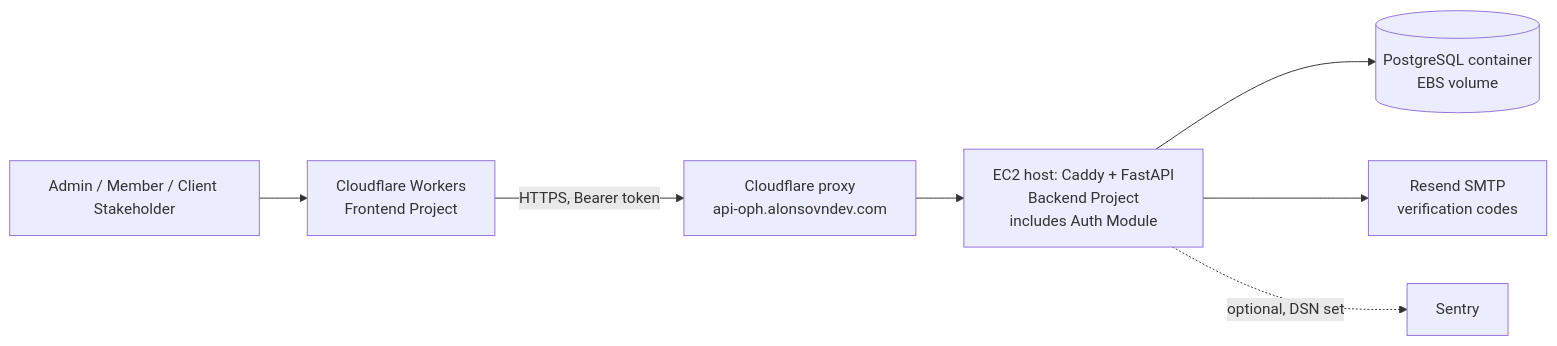
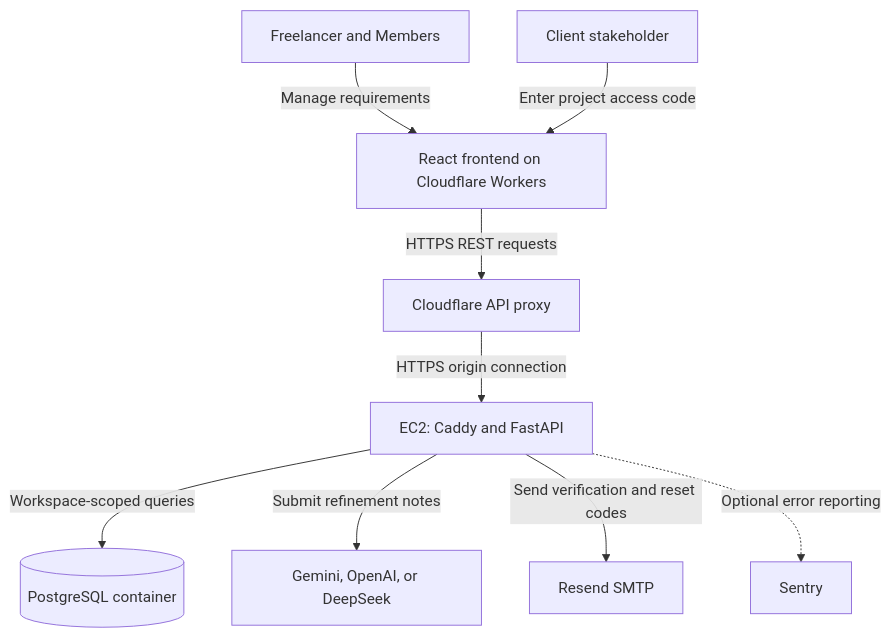
One commit to alonsovndev/open-projects-hub-docs changed the first of 2 diagrams in docs/03-architecture/core/architecture-solution-design.md. Above: the diagram before and after it, drawn with Mermaid. The commit also changed other lines of this file and 63 other files, not shown here.

````diff
--- a/docs/03-architecture/core/architecture-solution-design.md
+++ b/docs/03-architecture/core/architecture-solution-design.md
@@ -65,9 +47,11 @@
 ```mermaid
-flowchart LR
-    U[Admin / Member / Client Stakeholder] --> FE[Cloudflare Workers<br/>Frontend Project]
-    FE -->|HTTPS, Bearer token| CF[Cloudflare proxy<br/>api-oph.alonsovndev.com]
-    CF --> BE[EC2 host: Caddy + FastAPI<br/>Backend Project<br/>includes Auth Module]
-    BE --> DB[(PostgreSQL container<br/>EBS volume)]
-    BE --> MAIL[Resend SMTP<br/>verification codes]
-    BE -.->|optional, DSN set| SEN[Sentry]
+flowchart TB
+    team[Freelancer and Members] -->|Manage requirements| frontend[React frontend on Cloudflare Workers]
+    client[Client stakeholder] -->|Enter project access code| frontend
+    frontend -->|HTTPS REST requests| edge[Cloudflare API proxy]
+    edge -->|HTTPS origin connection| api[EC2: Caddy and FastAPI]
+    api -->|Workspace-scoped queries| database[(PostgreSQL container)]
+    api -->|Submit refinement notes| providers[Gemini, OpenAI, or DeepSeek]
+    api -->|Send verification and reset codes| mail[Resend SMTP]
+    api -.->|Optional error reporting| sentry[Sentry]
 ```
````
